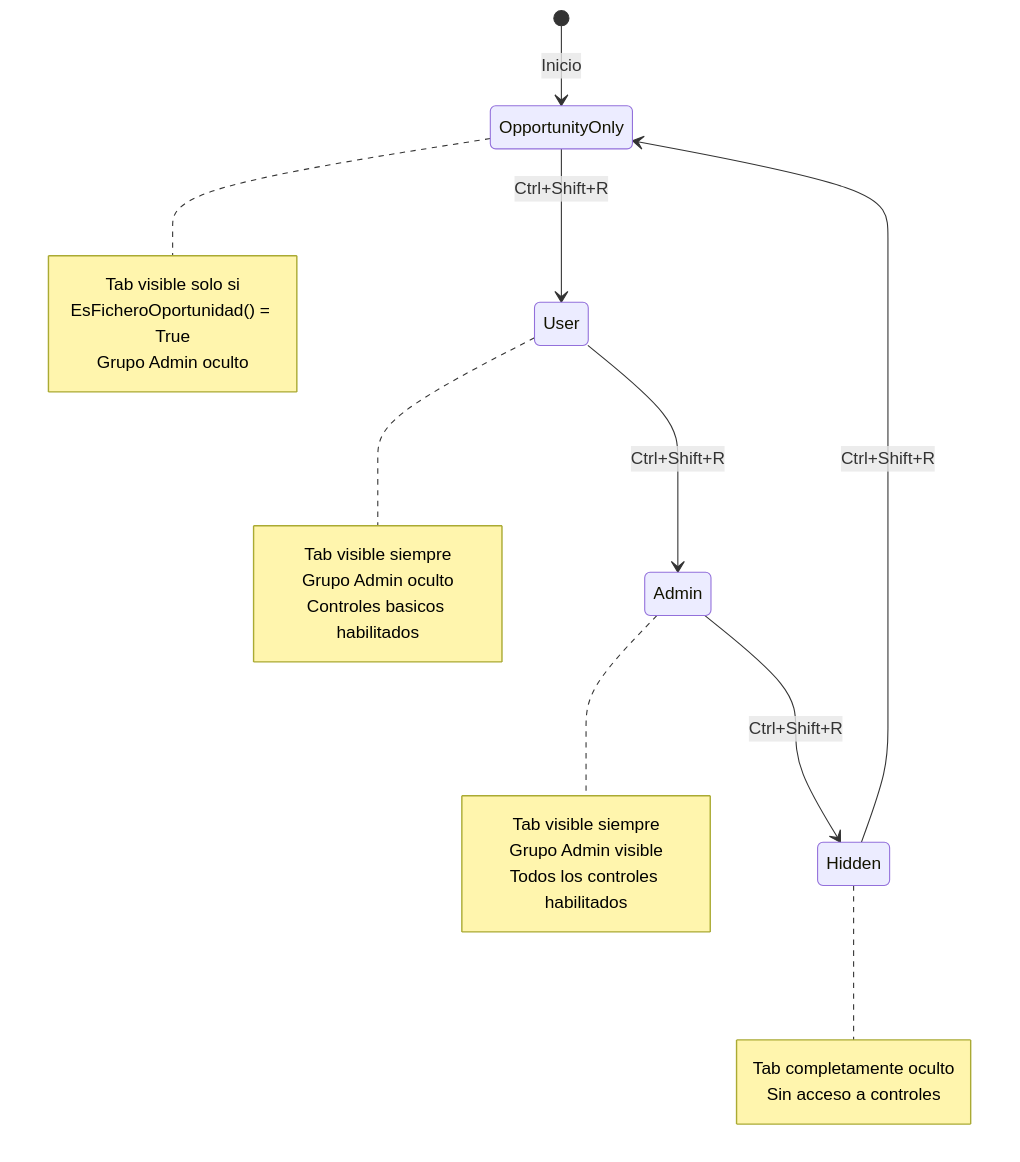
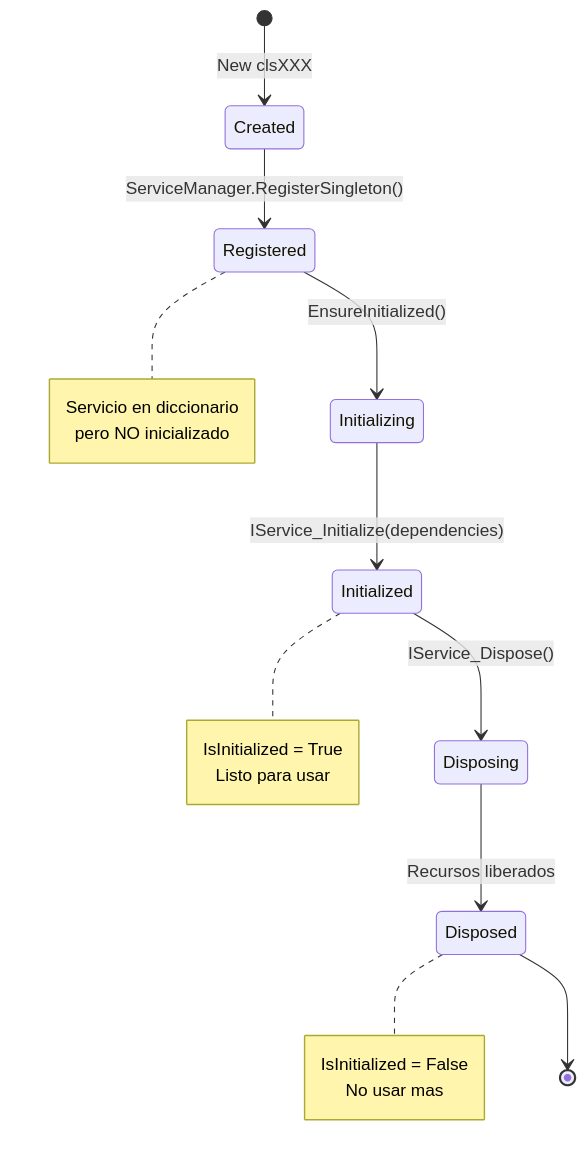
Before and after one commit to gautxori-yuyu/claude-vba-excel-abc-refactor: diagram 13 of 13 in CLAUDE.md, drawn with Mermaid. The commit also changed other lines of this file, not shown here.

````diff
--- a/CLAUDE.md
+++ b/CLAUDE.md
@@ -1265,32 +1046,28 @@
 ```mermaid
 stateDiagram-v2
-    [*] --> OpportunityOnly : Inicio
+    [*] --> Created : New clsXXX
 
-    OpportunityOnly --> User : Ctrl+Shift+R
-    User --> Admin : Ctrl+Shift+R
-    Admin --> Hidden : Ctrl+Shift+R
-    Hidden --> OpportunityOnly : Ctrl+Shift+R
-
-    note right of OpportunityOnly
-        Tab visible solo si
-        EsFicheroOportunidad() = True
-        Grupo Admin oculto
+    Created --> Registered : ServiceManager.RegisterSingleton()
+    note right of Registered
+        Servicio en diccionario
+        pero NO inicializado
     end note
 
-    note right of User
-        Tab visible siempre
-        Grupo Admin oculto
-        Controles basicos habilitados
+    Registered --> Initializing : EnsureInitialized()
+
+    Initializing --> Initialized : IService_Initialize(dependencies)
+    note right of Initialized
+        IsInitialized = True
+        Listo para usar
     end note
 
-    note right of Admin
-        Tab visible siempre
-        Grupo Admin visible
-        Todos los controles habilitados
+    Initialized --> Disposing : IService_Dispose()
+
+    Disposing --> Disposed : Recursos liberados
+    note right of Disposed
+        IsInitialized = False
+        No usar mas
     end note
 
-    note right of Hidden
-        Tab completamente oculto
-        Sin acceso a controles
-    end note
+    Disposed --> [*]
 ```
````
